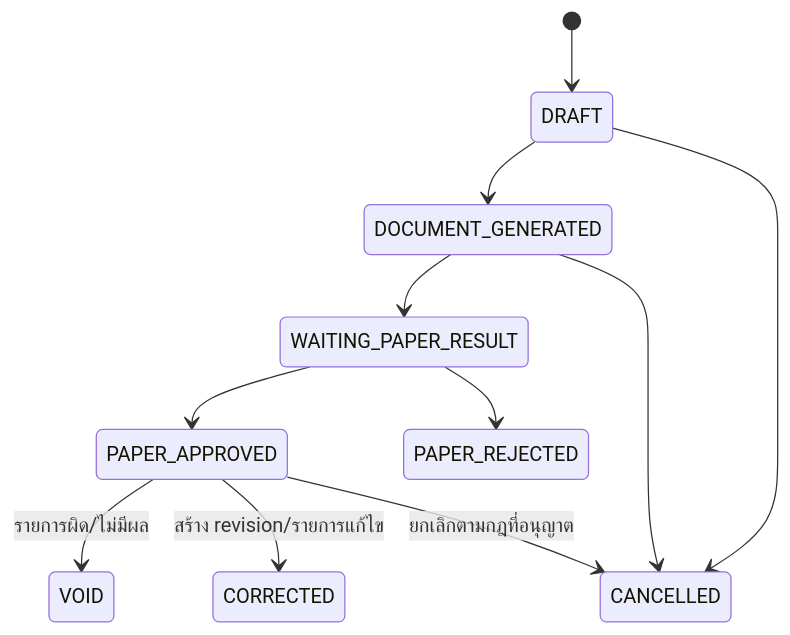
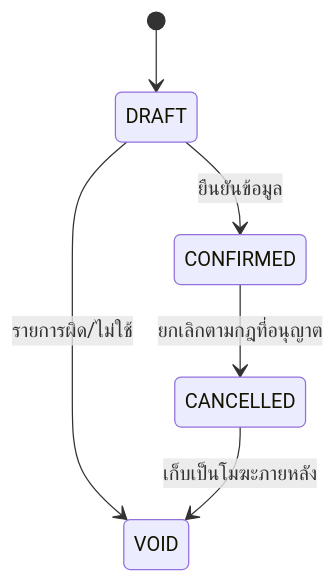
The second of 2 diagrams in ARCHITECTURE.md (sarifmanung/One-Data-System-YalaPao), drawn with Mermaid before and after one commit. The commit also changed other lines of this file and 108 other files, not shown here.

````diff
--- a/ARCHITECTURE.md
+++ b/ARCHITECTURE.md
@@ -158,13 +158,8 @@
 ```mermaid
 stateDiagram-v2
     [*] --> DRAFT
-    DRAFT --> DOCUMENT_GENERATED
-    DOCUMENT_GENERATED --> WAITING_PAPER_RESULT
-    WAITING_PAPER_RESULT --> PAPER_APPROVED
-    WAITING_PAPER_RESULT --> PAPER_REJECTED
-    DRAFT --> CANCELLED
-    DOCUMENT_GENERATED --> CANCELLED
-    PAPER_APPROVED --> CANCELLED: ยกเลิกตามกฎที่อนุญาต
-    PAPER_APPROVED --> VOID: รายการผิด/ไม่มีผล
-    PAPER_APPROVED --> CORRECTED: สร้าง revision/รายการแก้ไข
+    DRAFT --> CONFIRMED: ยืนยันข้อมูล
+    CONFIRMED --> CANCELLED: ยกเลิกตามกฎที่อนุญาต
+    DRAFT --> VOID: รายการผิด/ไม่ใช้
+    CANCELLED --> VOID: เก็บเป็นโมฆะภายหลัง
 ```
````
